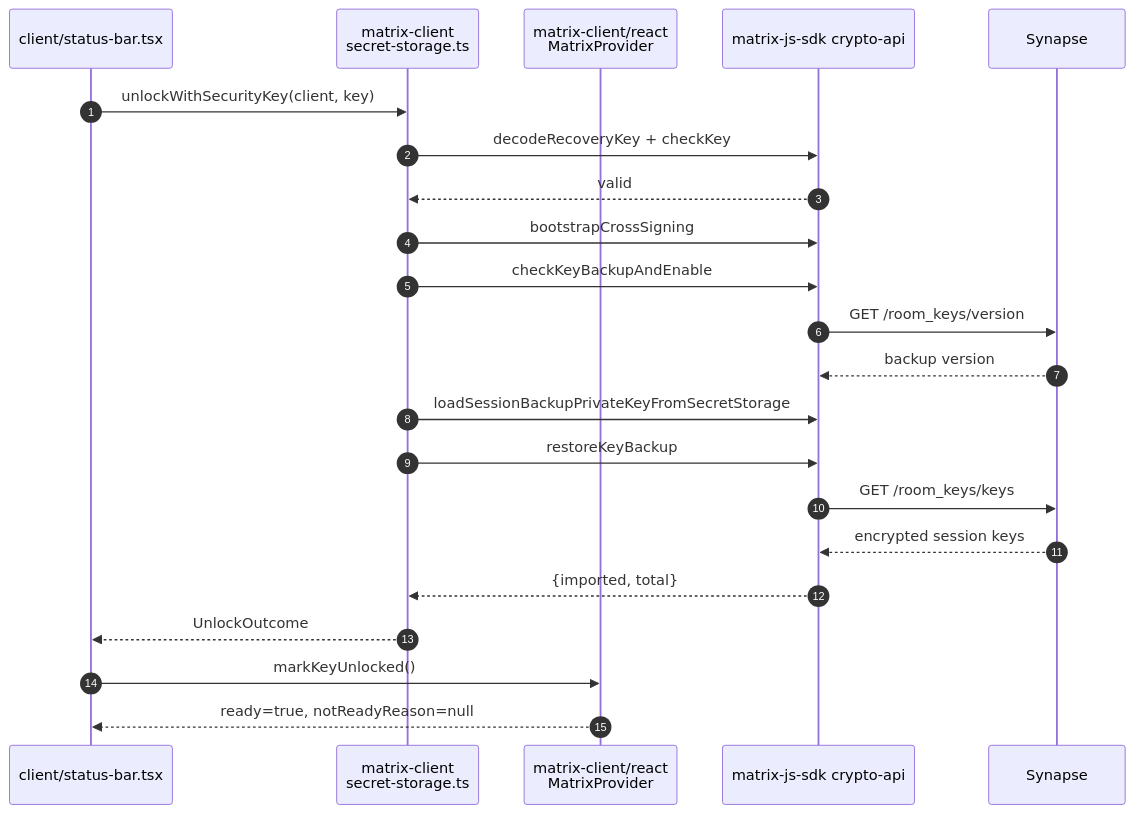
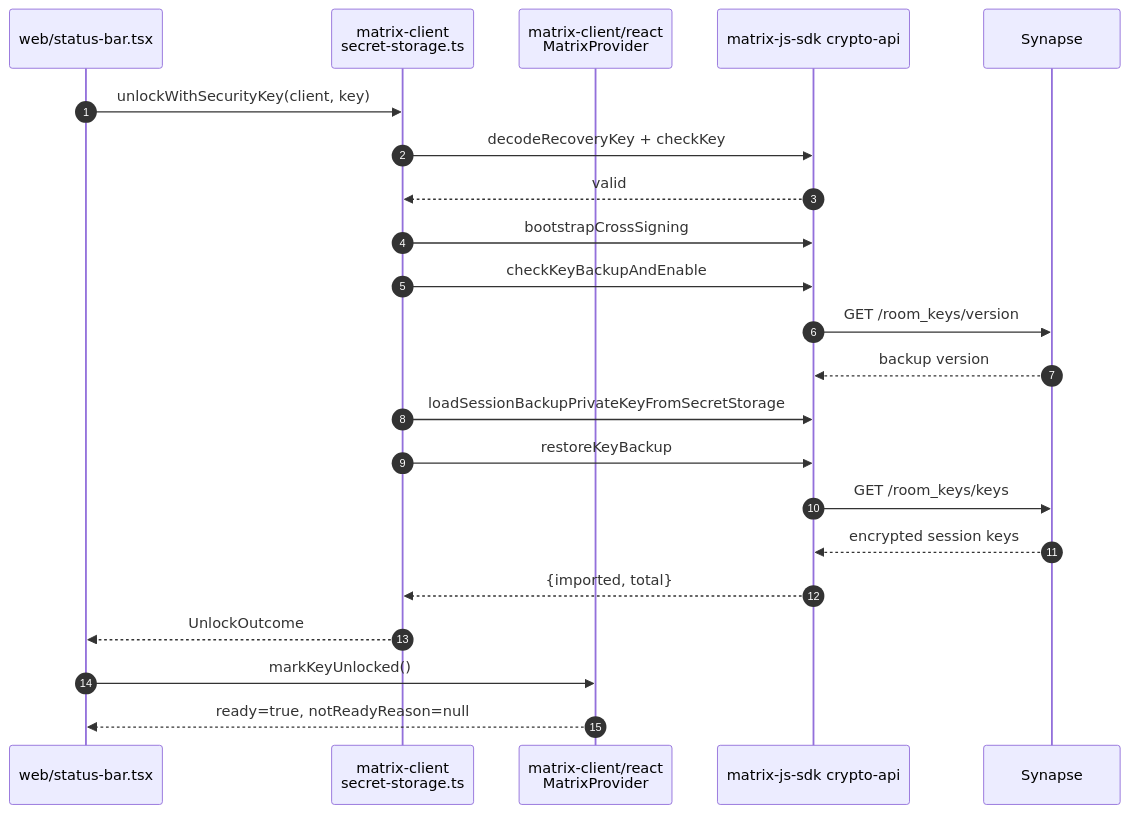
Before and after one commit to quochuydev/matrix-e2e-emr: the third of 5 diagrams in README.md, drawn with Mermaid. The commit also changed other lines of this file and 37 other files, not shown here.

First line of the commit message:
Rename client/ workspace to web/

````diff
--- a/README.md
+++ b/README.md
@@ -148,25 +148,25 @@
 ```mermaid
 sequenceDiagram
     autonumber
-    participant UI as client/status-bar.tsx
+    participant UI as web/status-bar.tsx
     participant Core as matrix-client<br/>secret-storage.ts
     participant Hook as matrix-client/react<br/>MatrixProvider
     participant SDK as matrix-js-sdk crypto-api
     participant HS as Synapse
 
     UI->>Core: unlockWithSecurityKey(client, key)
     Core->>SDK: decodeRecoveryKey + checkKey
     SDK-->>Core: valid
     Core->>SDK: bootstrapCrossSigning
     Core->>SDK: checkKeyBackupAndEnable
     SDK->>HS: GET /room_keys/version
     HS-->>SDK: backup version
     Core->>SDK: loadSessionBackupPrivateKeyFromSecretStorage
     Core->>SDK: restoreKeyBackup
     SDK->>HS: GET /room_keys/keys
     HS-->>SDK: encrypted session keys
     SDK-->>Core: {imported, total}
     Core-->>UI: UnlockOutcome
     UI->>Hook: markKeyUnlocked()
     Hook-->>UI: ready=true, notReadyReason=null
 ```
````
